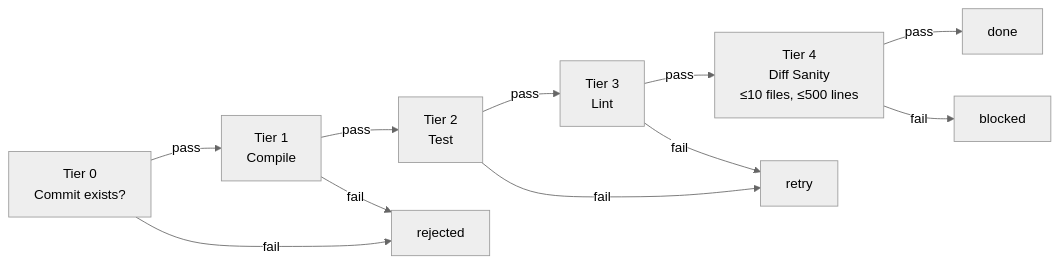
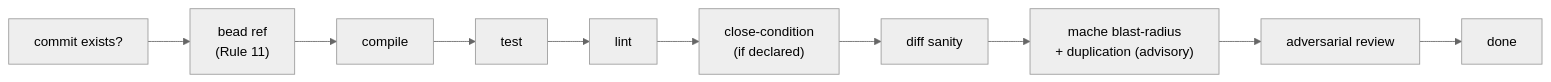
One commit to agentic-research/rosary changed the eighth of 9 diagrams in docs/ARCHITECTURE.md. Above: the diagram before and after it, drawn with Mermaid (neutral theme). The commit also changed other lines of this file and 20 other files, not shown here.

````diff
--- a/docs/ARCHITECTURE.md
+++ b/docs/ARCHITECTURE.md
@@ -253,15 +255,4 @@
 ```mermaid
 flowchart LR
-    T0["Tier 0<br/>Commit exists?"]
-    T1["Tier 1<br/>Compile"]
-    T2["Tier 2<br/>Test"]
-    T3["Tier 3<br/>Lint"]
-    T4["Tier 4<br/>Diff Sanity<br/>≤10 files, ≤500 lines"]
-
-    T0 -->|pass| T1 -->|pass| T2 -->|pass| T3 -->|pass| T4 -->|pass| DONE["done"]
-    T0 -->|fail| REJECT["rejected"]
-    T1 -->|fail| REJECT
-    T2 -->|fail| RETRY["retry"]
-    T3 -->|fail| RETRY
-    T4 -->|fail| BLOCK["blocked"]
+    T0["commit exists?"] --> T1["bead ref<br/>(Rule 11)"] --> T2["compile"] --> T3["test"] --> T4["lint"] --> T5["close-condition<br/>(if declared)"] --> T6["diff sanity"] --> T7["mache blast-radius<br/>+ duplication (advisory)"] --> T8["adversarial review"] --> DONE["done"]
 ```
````
